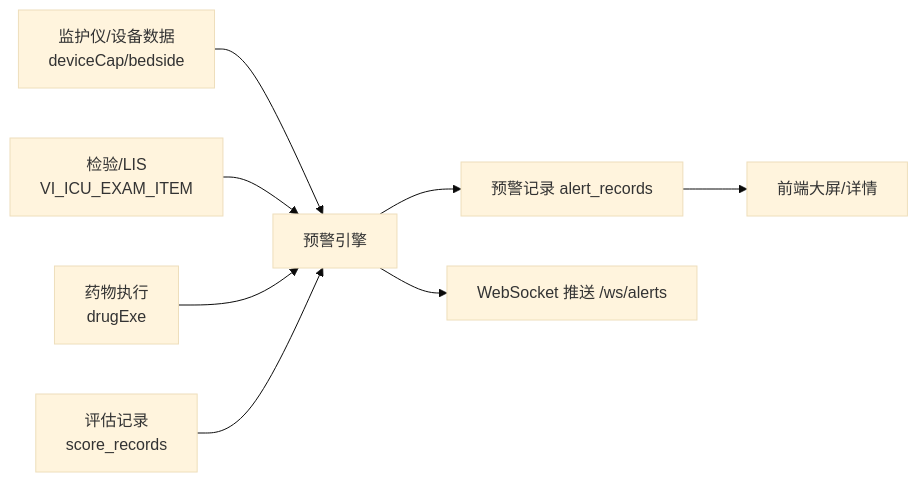
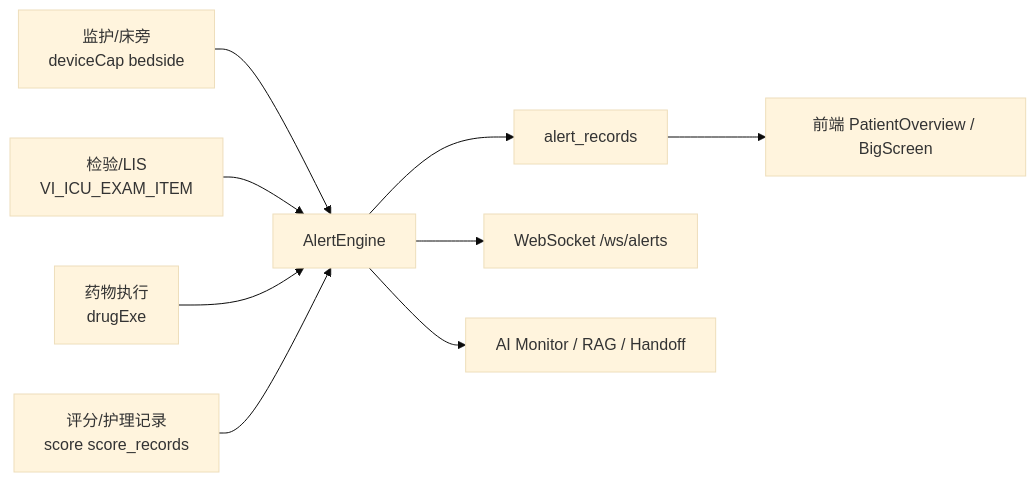
The diagram in README.md (QS1314520ZHOU/icu-alert-system), drawn with Mermaid (base theme) before and after one commit. The commit also changed other lines of this file and 1 other file, not shown here.

````diff
--- a/README.md
+++ b/README.md
@@ -7,10 +23,11 @@
 ```mermaid
 flowchart LR
-  A[监护仪/设备数据<br/>deviceCap/bedside] --> E[预警引擎]
+  A[监护/床旁<br/>deviceCap bedside] --> E[AlertEngine]
   B[检验/LIS<br/>VI_ICU_EXAM_ITEM] --> E
   C[药物执行<br/>drugExe] --> E
-  D[评估记录<br/>score_records] --> E
-  E --> F[预警记录 alert_records]
-  E --> G[WebSocket 推送 /ws/alerts]
-  F --> H[前端大屏/详情]
+  D[评分/护理记录<br/>score score_records] --> E
+  E --> F[alert_records]
+  E --> G[WebSocket /ws/alerts]
+  E --> H[AI Monitor / RAG / Handoff]
+  F --> I[前端 PatientOverview / BigScreen]
 ```
````
